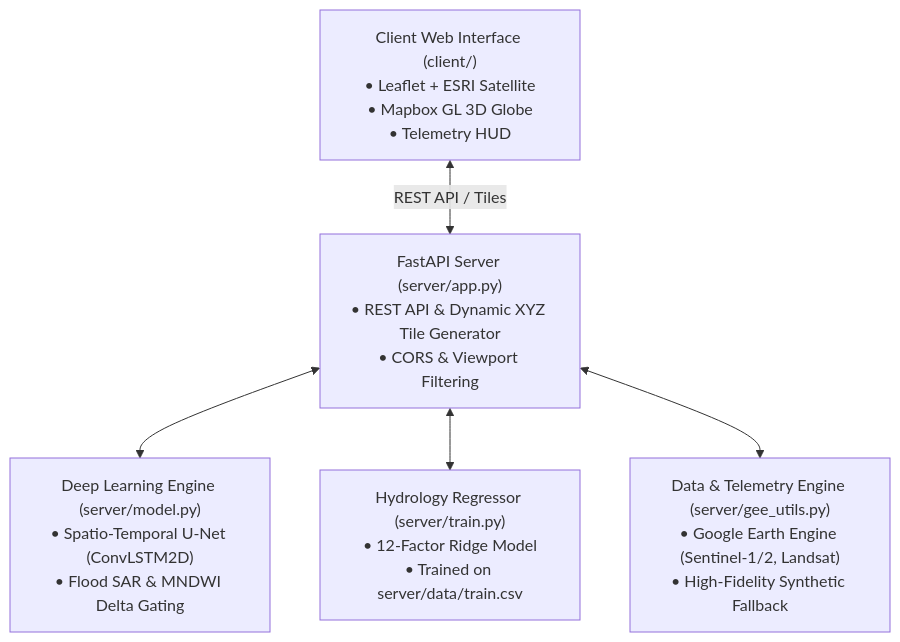
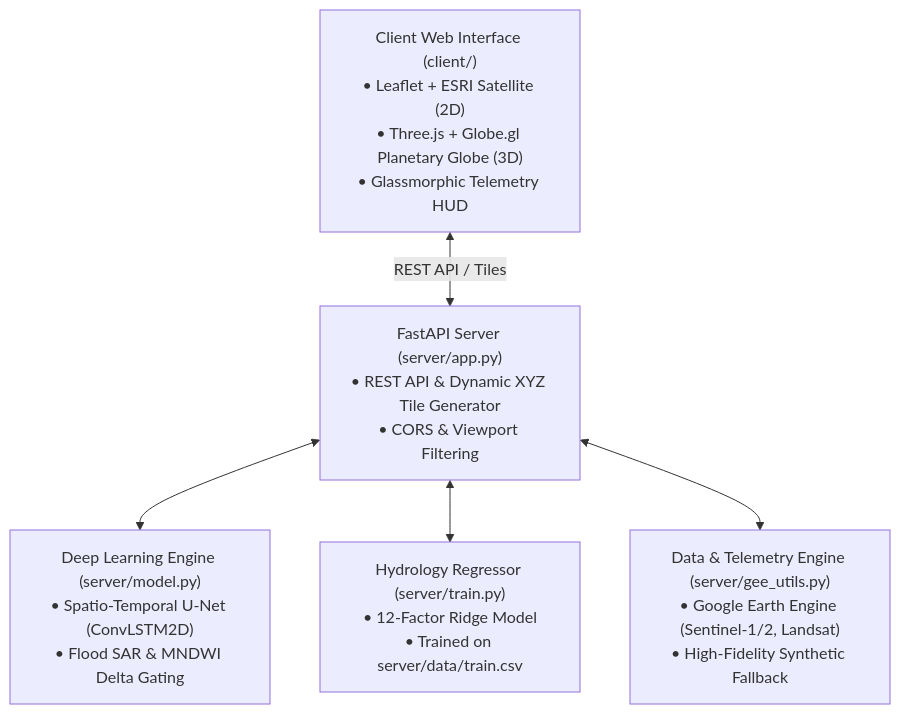
One commit to xylium117/ecopulse changed the diagram in README.md. Above: the diagram before and after it, drawn with Mermaid. The commit also changed other lines of this file and 9 other files, not shown here.

First line of the commit message:
feat: integrate 3D planetary globe, flash flood primary engine, and live GEE analytics

````diff
--- a/README.md
+++ b/README.md
@@ -51,17 +52,17 @@
 ```mermaid
 graph TD
-    Client["Client Web Interface (client/)<br>• Leaflet + ESRI Satellite<br>• Mapbox GL 3D Globe<br>• Telemetry HUD"]
+    Client["Client Web Interface (client/)<br>• Leaflet + ESRI Satellite (2D)<br>• Three.js + Globe.gl Planetary Globe (3D)<br>• Glassmorphic Telemetry HUD"]
     
     API["FastAPI Server (server/app.py)<br>• REST API & Dynamic XYZ Tile Generator<br>• CORS & Viewport Filtering"]
     
     DL["Deep Learning Engine (server/model.py)<br>• Spatio-Temporal U-Net (ConvLSTM2D)<br>• Flood SAR & MNDWI Delta Gating"]
     
     Hydro["Hydrology Regressor (server/train.py)<br>• 12-Factor Ridge Model<br>• Trained on server/data/train.csv"]
     
     GEE["Data & Telemetry Engine (server/gee_utils.py)<br>• Google Earth Engine (Sentinel-1/2, Landsat)<br>• High-Fidelity Synthetic Fallback"]
     
     Client <-->|REST API / Tiles| API
     API <--> DL
     API <--> Hydro
     API <--> GEE
 ```
````
